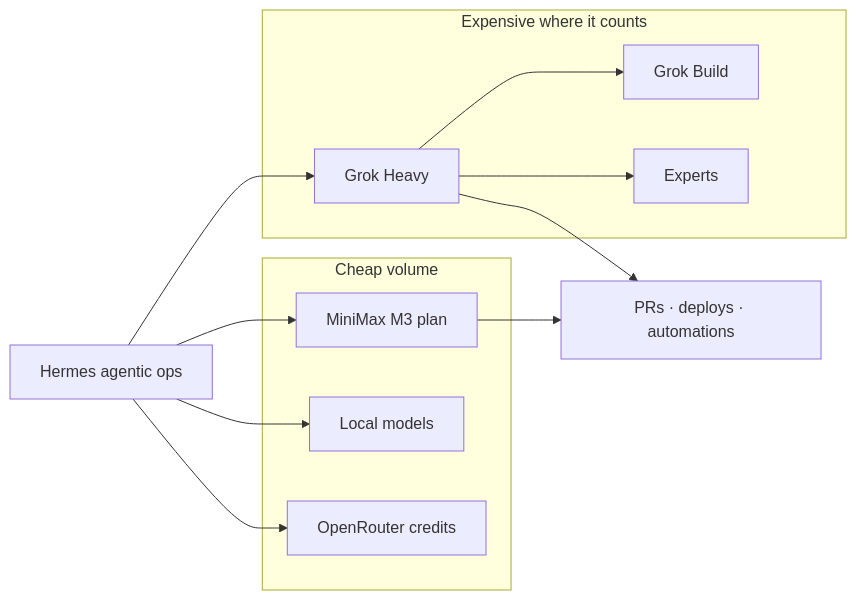
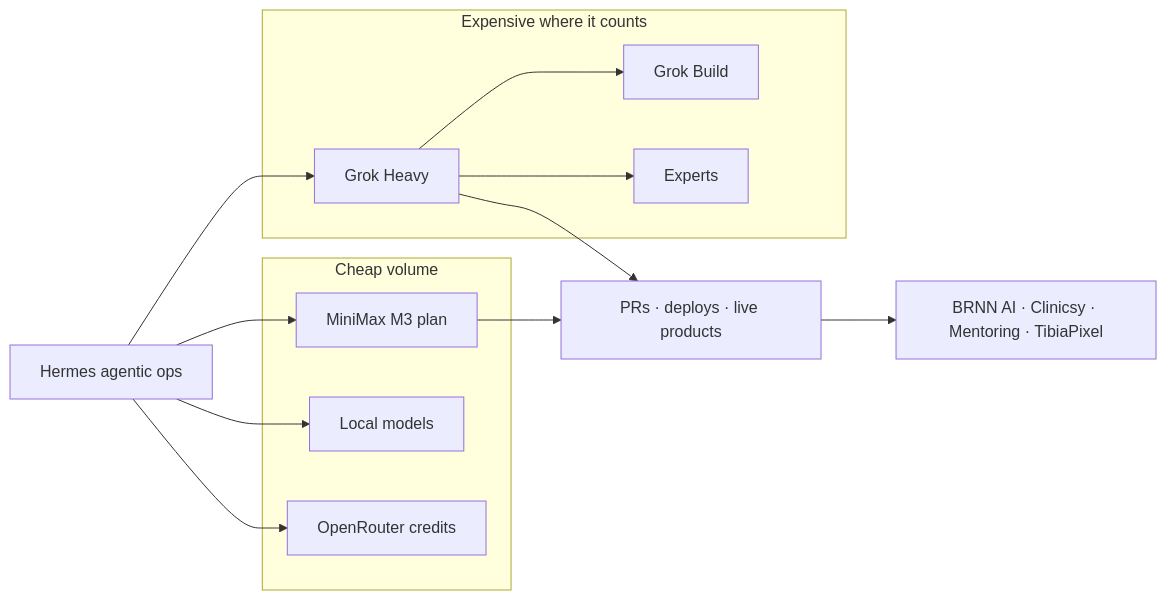
One commit to brenonaraujo/brenon.cloud changed the diagram in src/content/blog/agentic-ops-token-mix.en.md. Above: the diagram before and after it, drawn with Mermaid. The commit also changed other lines of this file and 1 other file, not shown here.

First line of the commit message:
feat(blog): tie token-mix post to live catalog and git-meta-harness

````diff
--- a/src/content/blog/agentic-ops-token-mix.en.md
+++ b/src/content/blog/agentic-ops-token-mix.en.md
@@ -89,21 +91,22 @@
 ```mermaid
 flowchart LR
   subgraph volume [Cheap volume]
     MM[MiniMax M3 plan]
     Local[Local models]
     OR[OpenRouter credits]
   end
   subgraph frontier [Expensive where it counts]
     Grok[Grok Heavy]
     Build[Grok Build]
     Exp[Experts]
   end
   Hermes[Hermes agentic ops] --> MM
   Hermes --> Grok
   Hermes --> Local
   Hermes --> OR
   Grok --> Build
   Grok --> Exp
-  MM --> Ship[PRs · deploys · automations]
+  MM --> Ship[PRs · deploys · live products]
   Grok --> Ship
+  Ship --> Catalog[BRNN AI · Clinicsy · Mentoring · TibiaPixel]
 ```
````
